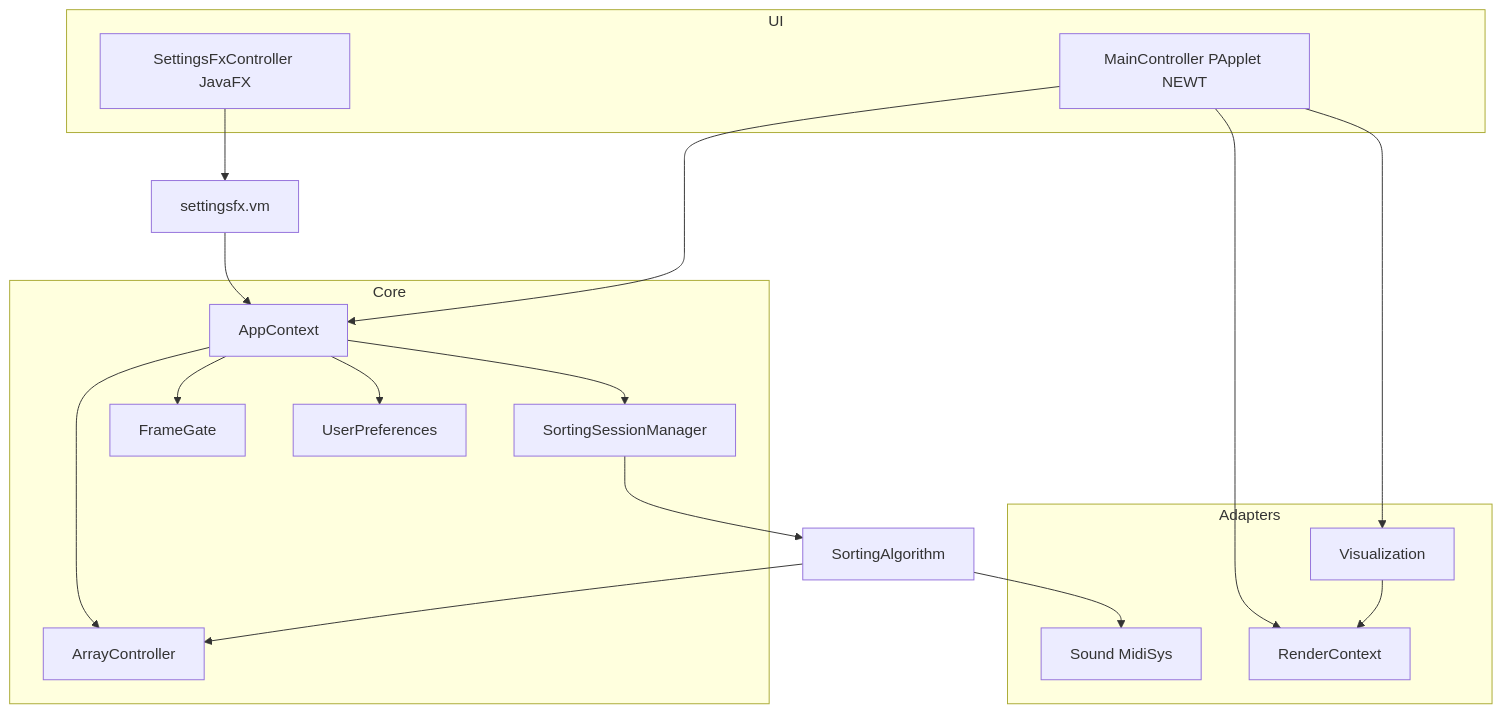
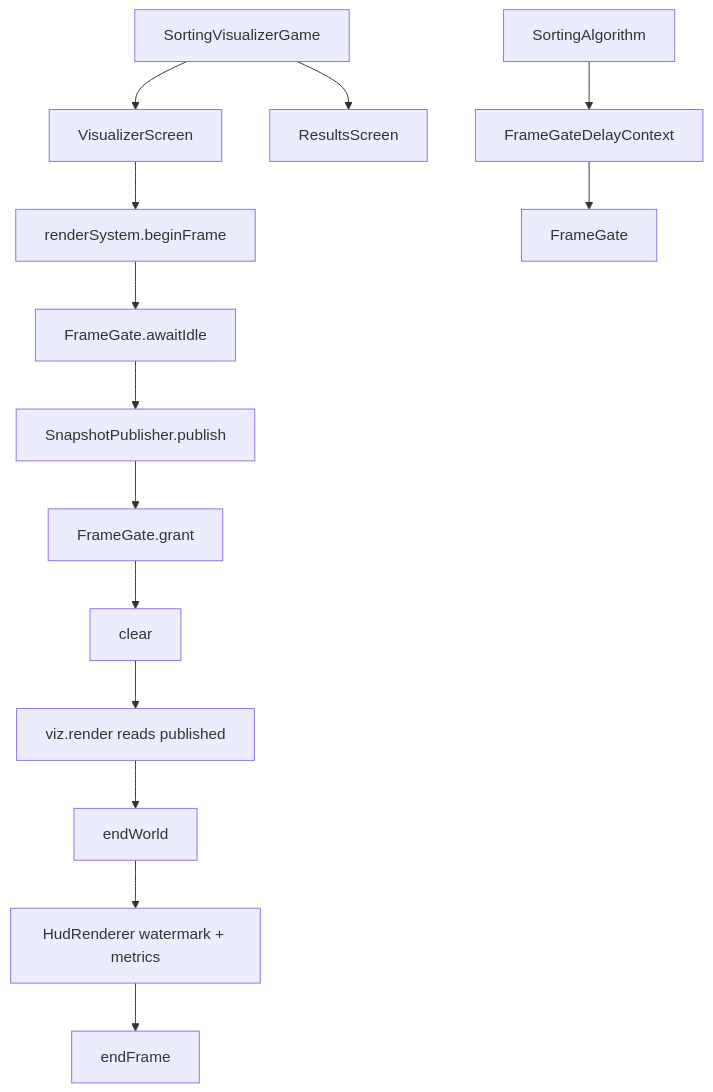
Before and after one commit to 66-m/sorting-visualizer: the diagram in docs/architecture.md, drawn with Mermaid. The commit also changed other lines of this file and 201 other files, not shown here.

````diff
--- a/docs/architecture.md
+++ b/docs/architecture.md
@@ -38,32 +48,17 @@
 ```mermaid
 flowchart TB
-  subgraph ui [UI]
-    SettingsFx[SettingsFxController JavaFX]
-    Main[MainController PApplet NEWT]
-  end
-  subgraph core [Core]
-    App[AppContext]
-    Array[ArrayController]
-    Session[SortingSessionManager]
-    Gate[FrameGate]
-    Prefs[UserPreferences]
-  end
-  subgraph ports [Adapters]
-    Viz[Visualization]
-    Snd[Sound MidiSys]
-    Render[RenderContext]
-  end
-  SettingsFx --> VMs[settingsfx.vm]
-  VMs --> App
-  Main --> App
-  App --> Array
-  App --> Session
-  App --> Gate
-  App --> Prefs
-  Session --> Algs[SortingAlgorithm]
-  Algs --> Array
-  Main --> Viz
-  Main --> Render
-  Viz --> Render
-  Algs --> Snd
+  Game[SortingVisualizerGame]
+  Game --> VizScreen[VisualizerScreen]
+  Game --> ResScreen[ResultsScreen]
+  VizScreen --> Begin[renderSystem.beginFrame]
+  Begin --> Idle[FrameGate.awaitIdle]
+  Idle --> Pub[SnapshotPublisher.publish]
+  Pub --> Grant[FrameGate.grant]
+  Grant --> Clear[clear]
+  Clear --> Viz[viz.render reads published]
+  Viz --> EndWorld[endWorld]
+  EndWorld --> HUD[HudRenderer watermark + metrics]
+  HUD --> End[endFrame]
+  Algs[SortingAlgorithm] --> Delay[FrameGateDelayContext]
+  Delay --> Gate[FrameGate]
 ```
````
